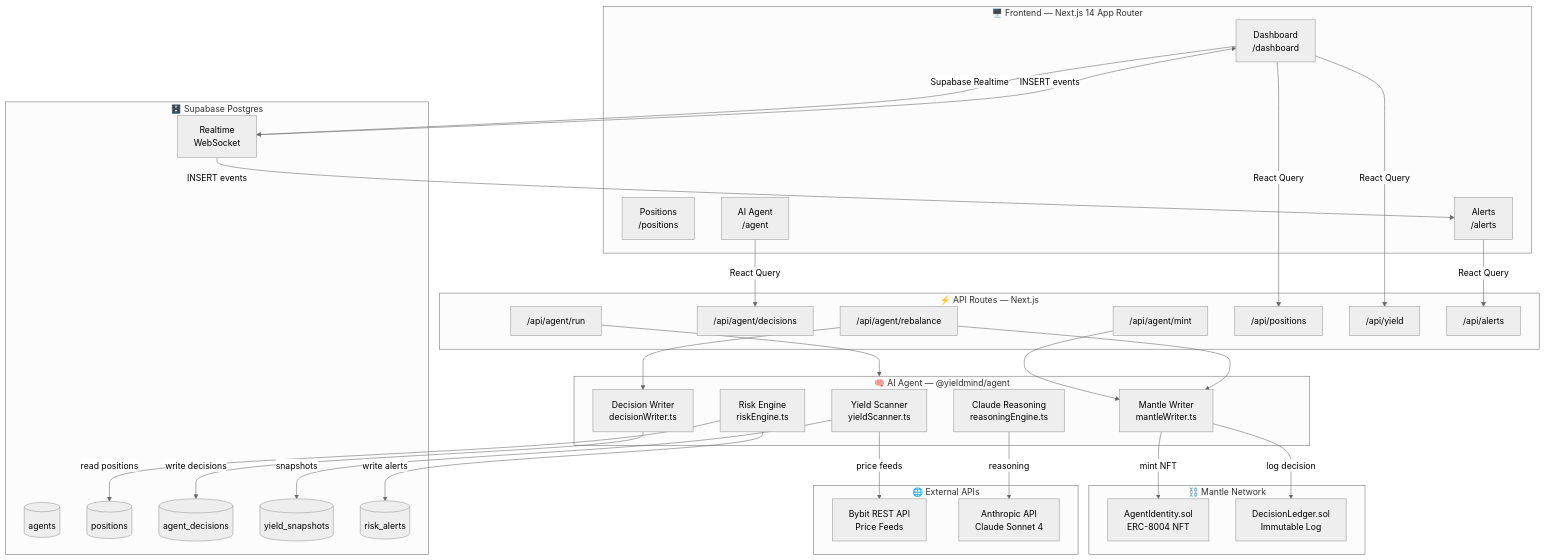
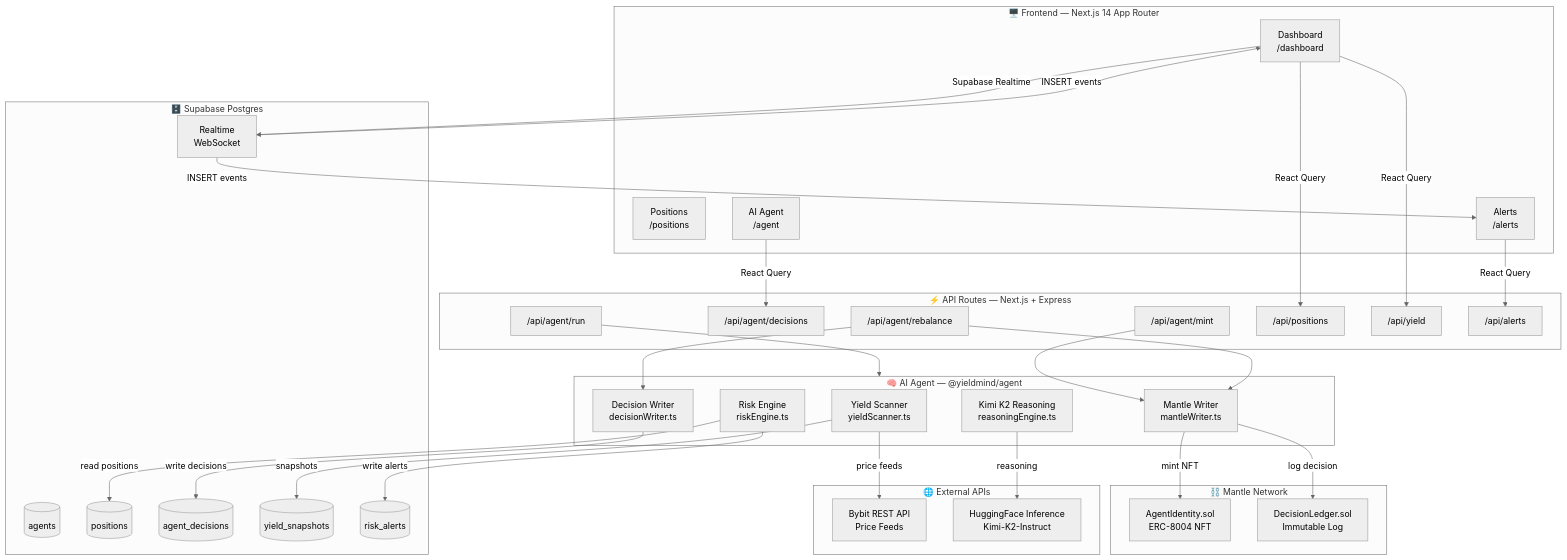
The diagram in docs/architecture.mermaid (davife2025/Yieldmind), drawn with Mermaid (neutral theme) before and after one commit. The commit also changed 71 other files, not shown here.

Commit message:
built apps/api and updated llm to kimi k2

```diff
--- a/docs/architecture.mermaid
+++ b/docs/architecture.mermaid
@@ -1,67 +1,67 @@
 flowchart TD
     subgraph UI["🖥️ Frontend — Next.js 14 App Router"]
         Dashboard["Dashboard\n/dashboard"]
         Positions["Positions\n/positions"]
         AgentPage["AI Agent\n/agent"]
         Alerts["Alerts\n/alerts"]
     end
 
-    subgraph API["⚡ API Routes — Next.js"]
+    subgraph API["⚡ API Routes — Next.js + Express"]
         R1["/api/agent/run"]
         R2["/api/agent/decisions"]
         R3["/api/agent/mint"]
         R4["/api/agent/rebalance"]
         R5["/api/positions"]
         R6["/api/yield"]
         R7["/api/alerts"]
     end
 
     subgraph Agent["🧠 AI Agent — @yieldmind/agent"]
         YieldScanner["Yield Scanner\nyieldScanner.ts"]
         RiskEngine["Risk Engine\nriskEngine.ts"]
-        Claude["Claude Reasoning\nreasoningEngine.ts"]
+        KimiK2["Kimi K2 Reasoning\nreasoningEngine.ts"]
         DecisionWriter["Decision Writer\ndecisionWriter.ts"]
         MantleWriter["Mantle Writer\nmantleWriter.ts"]
     end
 
     subgraph DB["🗄️ Supabase Postgres"]
         Agents[("agents")]
         Positions2[("positions")]
         Decisions[("agent_decisions")]
         Yields[("yield_snapshots")]
         RiskAlerts[("risk_alerts")]
         Realtime["Realtime\nWebSocket"]
     end
 
     subgraph Chain["⛓️ Mantle Network"]
         AgentNFT["AgentIdentity.sol\nERC-8004 NFT"]
         Ledger["DecisionLedger.sol\nImmutable Log"]
     end
 
     subgraph External["🌐 External APIs"]
         Bybit["Bybit REST API\nPrice Feeds"]
-        Anthropic["Anthropic API\nClaude Sonnet 4"]
+        HuggingFace["HuggingFace Inference\nKimi-K2-Instruct"]
     end
 
     Dashboard -->|"React Query"| R5
     Dashboard -->|"React Query"| R6
     Dashboard -->|"Supabase Realtime"| Realtime
     AgentPage -->|"React Query"| R2
     Alerts -->|"React Query"| R7
 
     R1 --> Agent
     R3 --> MantleWriter
     R4 --> DecisionWriter
     R4 --> MantleWriter
 
     YieldScanner -->|"price feeds"| Bybit
     YieldScanner -->|"snapshots"| Yields
     RiskEngine -->|"read positions"| Positions2
     RiskEngine -->|"write alerts"| RiskAlerts
-    Claude -->|"reasoning"| Anthropic
+    KimiK2 -->|"reasoning"| HuggingFace
     DecisionWriter -->|"write decisions"| Decisions
     MantleWriter -->|"mint NFT"| AgentNFT
     MantleWriter -->|"log decision"| Ledger
 
     Realtime -->|"INSERT events"| Dashboard
     Realtime -->|"INSERT events"| Alerts
```
